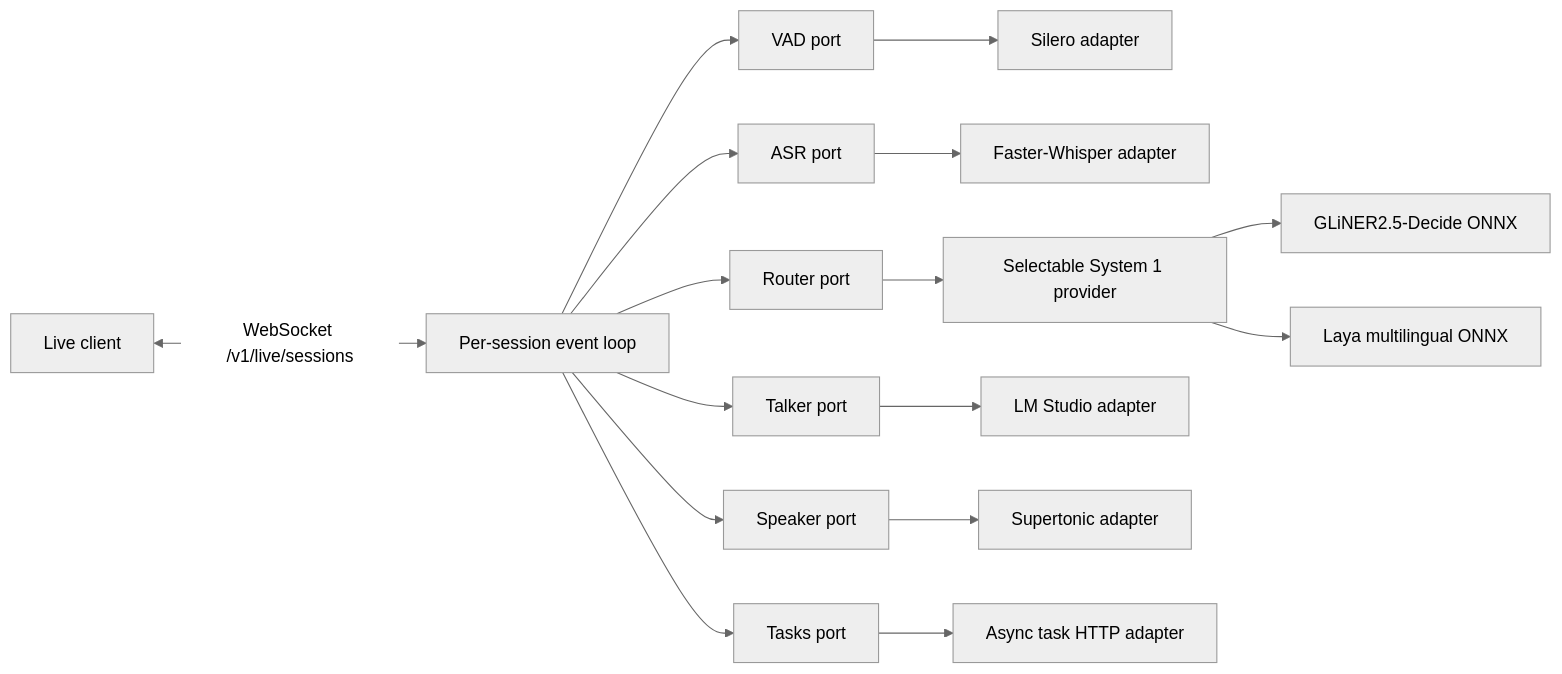
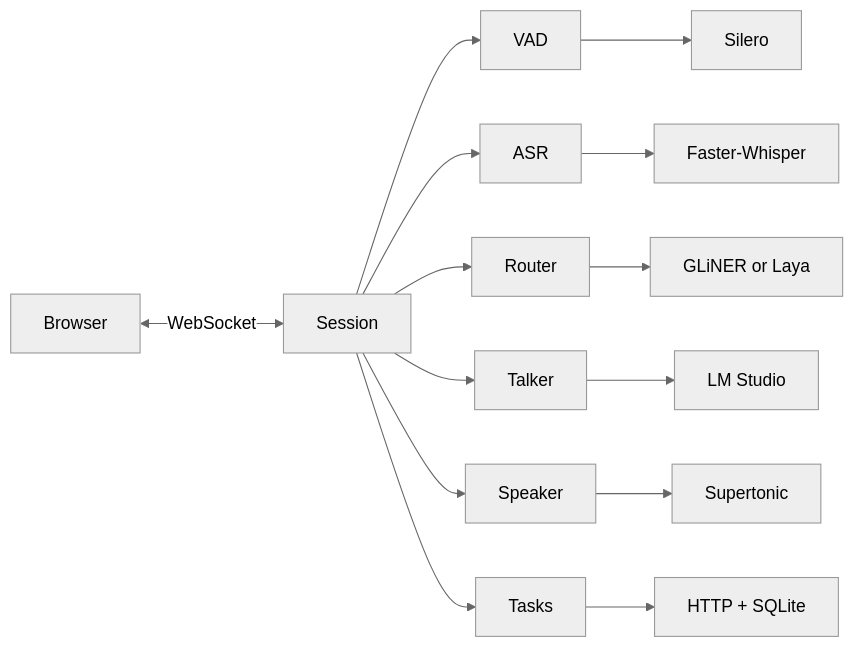
The diagram in README.md (tavallaie/open-gptlive-poc), drawn with Mermaid (neutral theme) before and after one commit. The commit also changed other lines of this file and 7 other files, not shown here.

````diff
--- a/README.md
+++ b/README.md
@@ -11,18 +47,16 @@
 ```mermaid
 flowchart LR
-    Client[Live client] <-->|WebSocket /v1/live/sessions| Session[Per-session event loop]
-    Session --> VAD[VAD port]
-    Session --> ASR[ASR port]
-    Session --> Router[Router port]
-    Session --> Talker[Talker port]
-    Session --> Speaker[Speaker port]
-    Session --> Tasks[Tasks port]
-    VAD --> Silero[Silero adapter]
-    ASR --> Whisper[Faster-Whisper adapter]
-    Router --> Decision[Selectable System 1 provider]
-    Decision --> GLiNER[GLiNER2.5-Decide ONNX]
-    Decision --> Laya[Laya multilingual ONNX]
-    Talker --> LM[LM Studio adapter]
-    Speaker --> Supertonic[Supertonic adapter]
-    Tasks --> HTTP[Async task HTTP adapter]
+    Client[Browser] <-->|WebSocket| Session[Session]
+    Session --> VAD[VAD]
+    Session --> ASR[ASR]
+    Session --> Router[Router]
+    Session --> Talker[Talker]
+    Session --> Speaker[Speaker]
+    Session --> Tasks[Tasks]
+    VAD --> Silero[Silero]
+    ASR --> Whisper[Faster-Whisper]
+    Router --> Decision[GLiNER or Laya]
+    Talker --> LM[LM Studio]
+    Speaker --> Supertonic[Supertonic]
+    Tasks --> HTTP[HTTP + SQLite]
 ```
````
